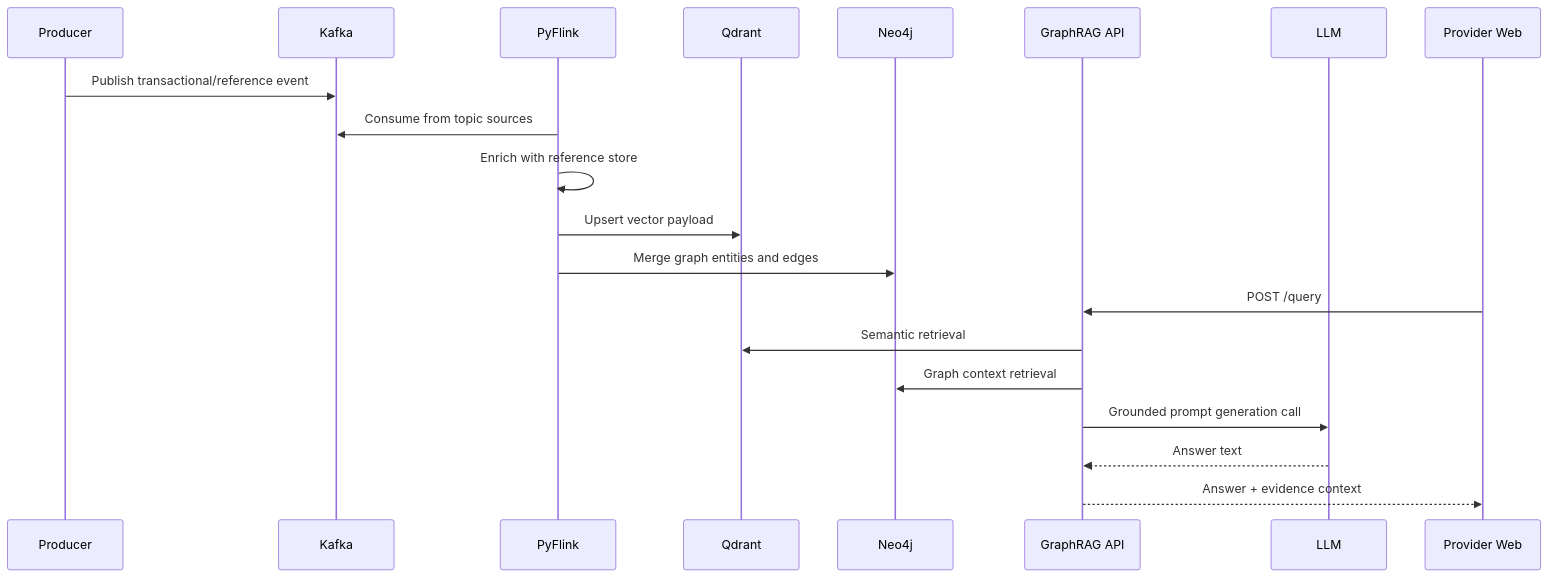
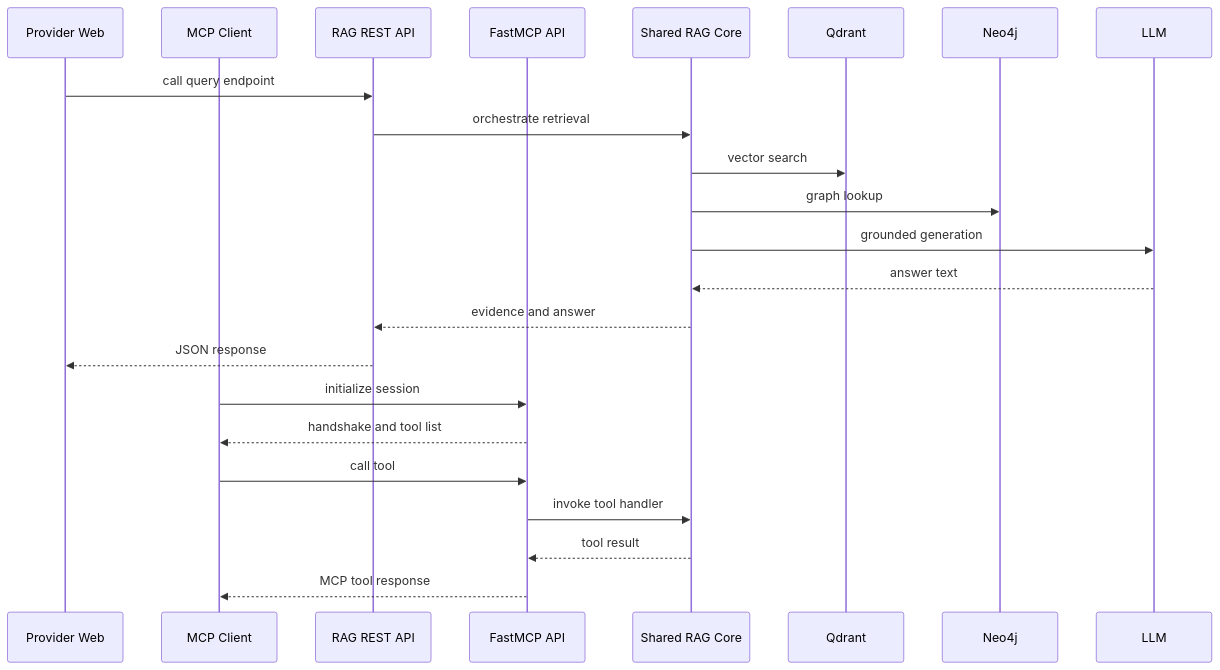
The second of 4 diagrams in docs/ARCHITECTURE.md (wchen-dea/Agentic-AI-Healthcare-GraphRAG), drawn with Mermaid before and after one commit. The commit also changed other lines of this file and 63 other files, not shown here.

````diff
--- a/docs/ARCHITECTURE.md
+++ b/docs/ARCHITECTURE.md
@@ -113,24 +131,27 @@
 ```mermaid
 sequenceDiagram
-  participant Producer
-  participant Kafka
-  participant PyFlink
+  participant UI as Provider Web
+  participant MCP as MCP Client
+  participant RAG as RAG REST API
+  participant MCPAPI as FastMCP API
+  participant Core as Shared RAG Core
   participant Qdrant
   participant Neo4j
-  participant API as GraphRAG API
   participant LLM
-  participant UI as Provider Web
 
-  Producer->>Kafka: Publish transactional/reference event
-  PyFlink->>Kafka: Consume from topic sources
-  PyFlink->>PyFlink: Enrich with reference store
-  PyFlink->>Qdrant: Upsert vector payload
-  PyFlink->>Neo4j: Merge graph entities and edges
+  UI->>RAG: call query endpoint
+  RAG->>Core: orchestrate retrieval
+  Core->>Qdrant: vector search
+  Core->>Neo4j: graph lookup
+  Core->>LLM: grounded generation
+  LLM-->>Core: answer text
+  Core-->>RAG: evidence and answer
+  RAG-->>UI: JSON response
 
-  UI->>API: POST /query
-  API->>Qdrant: Semantic retrieval
-  API->>Neo4j: Graph context retrieval
-  API->>LLM: Grounded prompt generation call
-  LLM-->>API: Answer text
-  API-->>UI: Answer + evidence context
+  MCP->>MCPAPI: initialize session
+  MCPAPI-->>MCP: handshake and tool list
+  MCP->>MCPAPI: call tool
+  MCPAPI->>Core: invoke tool handler
+  Core-->>MCPAPI: tool result
+  MCPAPI-->>MCP: MCP tool response
 ```
````
